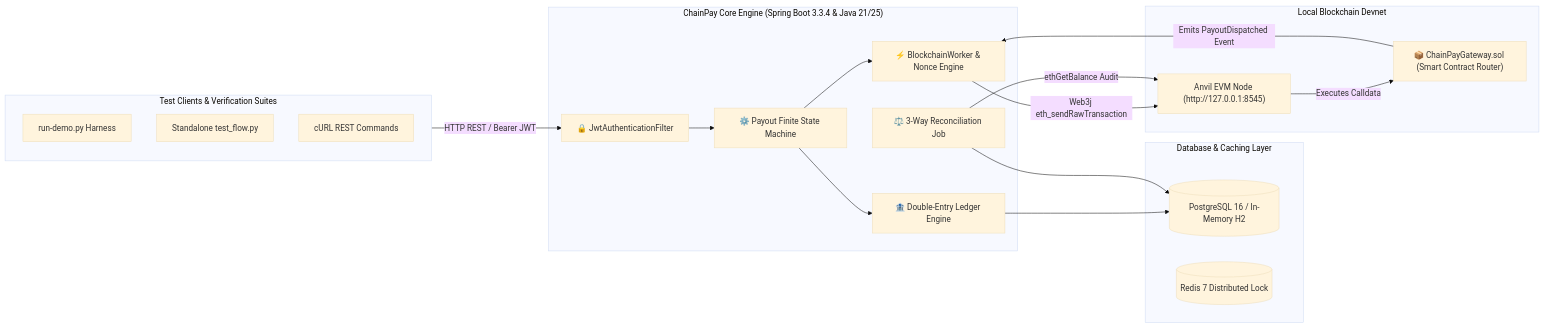
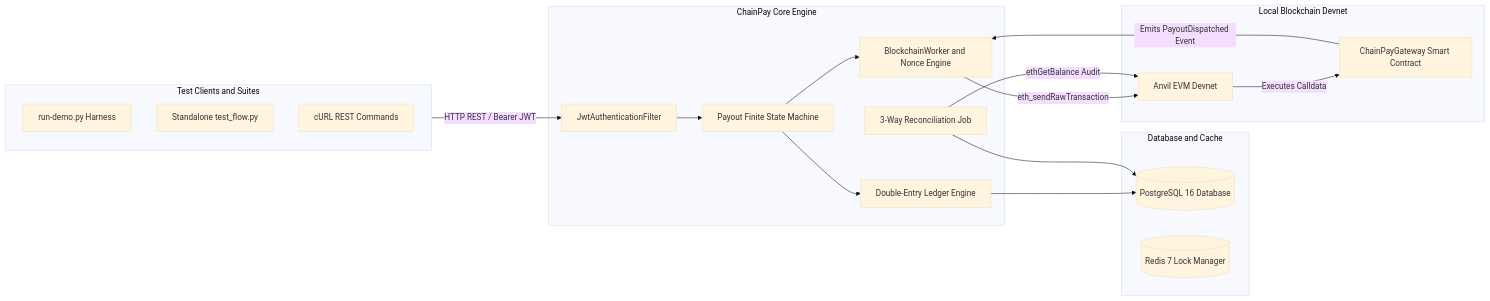
One commit to 0xshikhar/chainpay changed the diagram in docs/local-anvil-testing-guide.md. Above: the diagram before and after it, drawn with Mermaid (base theme). The commit also changed other lines of this file and 4 other files, not shown here.

````diff
--- a/docs/local-anvil-testing-guide.md
+++ b/docs/local-anvil-testing-guide.md
@@ -11,37 +11,37 @@
 ```mermaid
 flowchart LR
-    subgraph TestClients["Test Clients & Verification Suites"]
+    subgraph TestClients["Test Clients and Suites"]
         DemoScript["run-demo.py Harness"]
         CustomPython["Standalone test_flow.py"]
         CurlCLI["cURL REST Commands"]
     end
 
-    subgraph Backend["ChainPay Core Engine (Spring Boot 3.3.4 & Java 21/25)"]
-        JWT["🔒 JwtAuthenticationFilter"]
-        FSM["⚙️ Payout Finite State Machine"]
-        Ledger["🏦 Double-Entry Ledger Engine"]
-        Worker["⚡ BlockchainWorker & Nonce Engine"]
-        Reconcile["⚖️ 3-Way Reconciliation Job"]
+    subgraph Backend["ChainPay Core Engine"]
+        JWT["JwtAuthenticationFilter"]
+        FSM["Payout Finite State Machine"]
+        Ledger["Double-Entry Ledger Engine"]
+        Worker["BlockchainWorker and Nonce Engine"]
+        Reconcile["3-Way Reconciliation Job"]
     end
 
-    subgraph Storage["Database & Caching Layer"]
-        DB[(PostgreSQL 16 / In-Memory H2)]
-        Redis[(Redis 7 Distributed Lock)]
+    subgraph Storage["Database and Cache"]
+        DB[("PostgreSQL 16 Database")]
+        Redis[("Redis 7 Lock Manager")]
     end
 
     subgraph EVMNode["Local Blockchain Devnet"]
-        Anvil["Anvil EVM Node (http://127.0.0.1:8545)"]
-        Contract["📦 ChainPayGateway.sol (Smart Contract Router)"]
+        Anvil["Anvil EVM Devnet"]
+        Contract["ChainPayGateway Smart Contract"]
     end
 
     TestClients -->|HTTP REST / Bearer JWT| JWT
     JWT --> FSM
     FSM --> Ledger
     Ledger --> DB
     FSM --> Worker
-    Worker -->|Web3j eth_sendRawTransaction| Anvil
+    Worker -->|eth_sendRawTransaction| Anvil
     Anvil -->|Executes Calldata| Contract
     Contract -->|Emits PayoutDispatched Event| Worker
     Reconcile -->|ethGetBalance Audit| Anvil
     Reconcile --> DB
 ```
````
